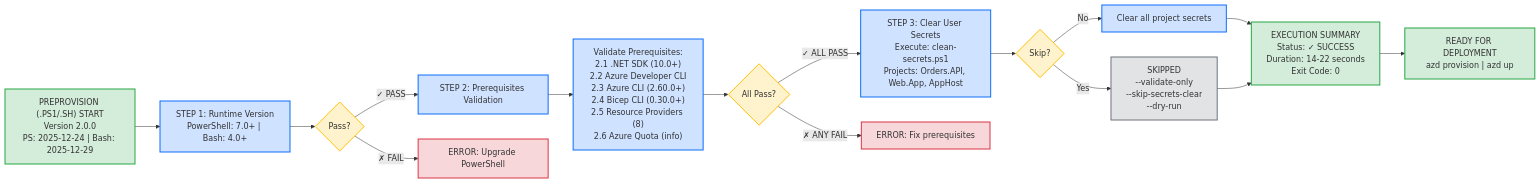
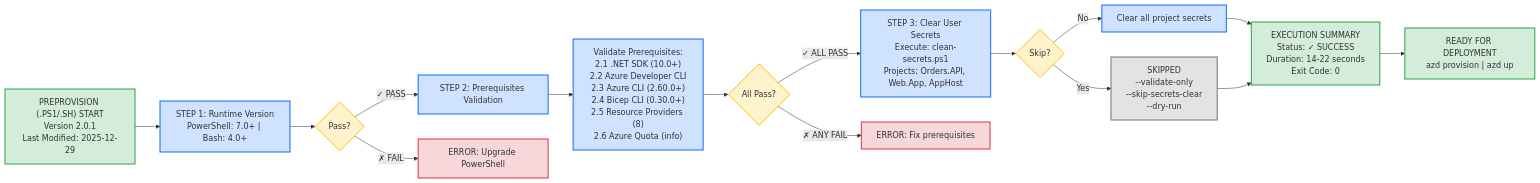
Before and after one commit to Evilazaro/Azure-LogicApps-Monitoring: the third of 7 diagrams in hooks/VALIDATION-WORKFLOW.md, drawn with Mermaid. The commit also changed other lines of this file and 11 other files, not shown here.

````diff
--- a/hooks/VALIDATION-WORKFLOW.md
+++ b/hooks/VALIDATION-WORKFLOW.md
@@ -164,35 +164,35 @@
 ```mermaid
 flowchart LR
-    Start["PREPROVISION (.PS1/.SH) START<br/>Version 2.0.0<br/>PS: 2025-12-24 | Bash: 2025-12-29"]
+    Start["PREPROVISION (.PS1/.SH) START<br/>Version 2.0.1<br/>Last Modified: 2025-12-29"]
     Start --> Step1["STEP 1: Runtime Version<br/>PowerShell: 7.0+ | Bash: 4.0+"]
 
     Step1 --> Decision1{Pass?}
     Decision1 -->|✓ PASS| Step2["STEP 2: Prerequisites Validation"]
     Decision1 -->|✗ FAIL| Error1["ERROR: Upgrade PowerShell"]
 
     Step2 --> Prereqs["Validate Prerequisites:<br/>2.1 .NET SDK (10.0+)<br/>2.2 Azure Developer CLI<br/>2.3 Azure CLI (2.60.0+)<br/>2.4 Bicep CLI (0.30.0+)<br/>2.5 Resource Providers (8)<br/>2.6 Azure Quota (info)"]
 
     Prereqs --> Decision2{All Pass?}
     Decision2 -->|✓ ALL PASS| Step3["STEP 3: Clear User Secrets<br/>Execute: clean-secrets.ps1<br/>Projects: Orders.API, Web.App, AppHost"]
     Decision2 -->|✗ ANY FAIL| Error2["ERROR: Fix prerequisites"]
 
     Step3 --> Decision3{Skip?}
     Decision3 -->|No| ClearSecrets["Clear all project secrets"]
     Decision3 -->|Yes| Skip["SKIPPED<br/>--validate-only<br/>--skip-secrets-clear<br/>--dry-run"]
 
     ClearSecrets --> Summary["EXECUTION SUMMARY<br/>Status: ✓ SUCCESS<br/>Duration: 14-22 seconds<br/>Exit Code: 0"]
     Skip --> Summary
     Summary --> Ready["READY FOR DEPLOYMENT<br/>azd provision | azd up"]
 
     classDef successClass fill:#d4edda,stroke:#28a745,stroke-width:2px
     classDef errorClass fill:#f8d7da,stroke:#dc3545,stroke-width:2px
     classDef processClass fill:#cfe2ff,stroke:#0d6efd,stroke-width:2px
     classDef decisionClass fill:#fff3cd,stroke:#ffc107,stroke-width:2px
     classDef skipClass fill:#e2e3e5,stroke:#6c757d,stroke-width:2px
 
     class Start,Summary,Ready successClass
     class Error1,Error2 errorClass
     class Step1,Step2,Prereqs,Step3,ClearSecrets processClass
     class Decision1,Decision2,Decision3 decisionClass
     class Skip skipClass
 ```
````
